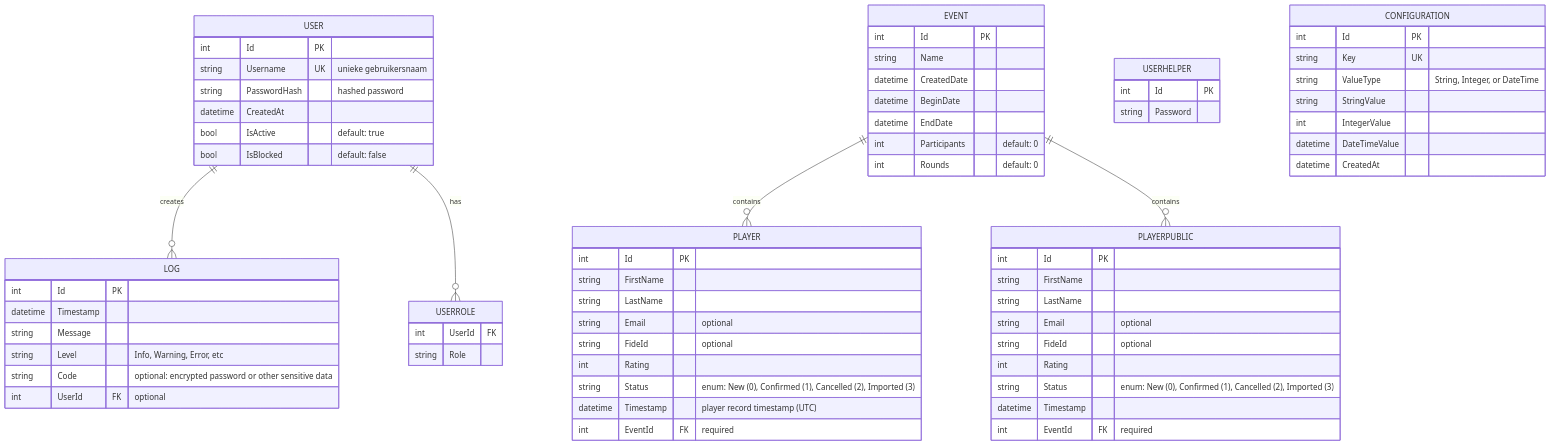
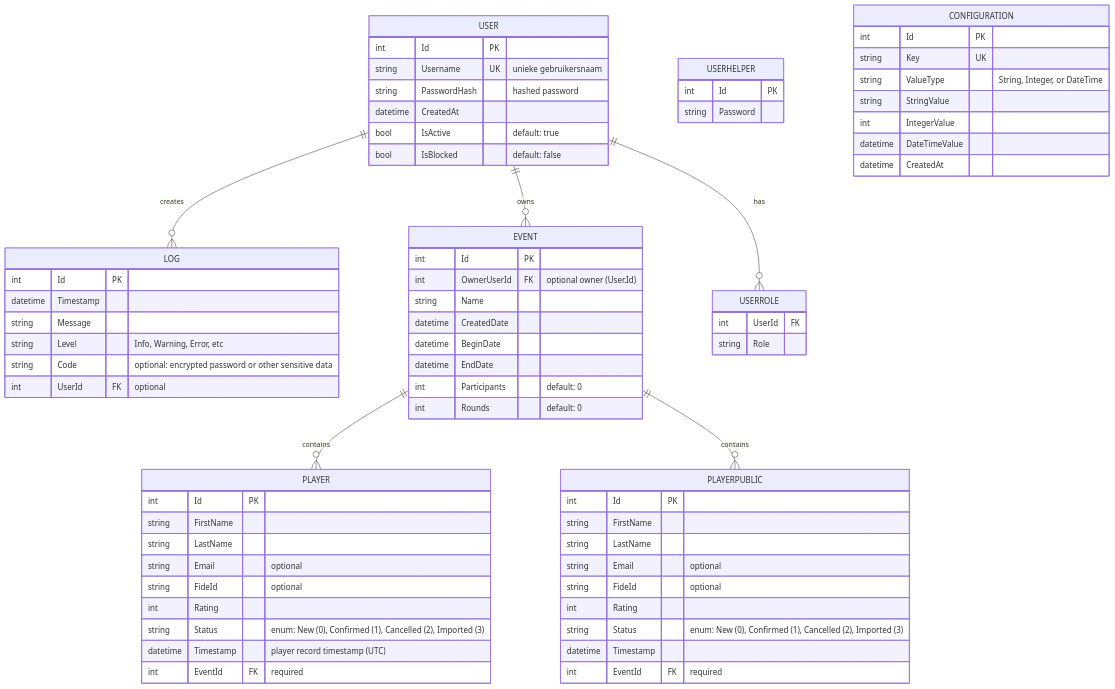
One commit to Odusseus/Tools changed the diagram in metalimes/metalimes/Documentation/ReadMe.md. Above: the diagram before and after it, drawn with Mermaid. The commit also changed other lines of this file and 6 other files, not shown here.

````diff
--- a/metalimes/metalimes/Documentation/ReadMe.md
+++ b/metalimes/metalimes/Documentation/ReadMe.md
@@ -61,79 +63,81 @@
 ```mermaid
 erDiagram
     USER ||--o{ LOG : creates
+    USER ||--o{ EVENT : owns
     EVENT ||--o{ PLAYER : contains
     EVENT ||--o{ PLAYERPUBLIC : contains
     USER ||--o{ USERROLE : has
 
     USER {
         int Id PK
         string Username UK "unieke gebruikersnaam"
         string PasswordHash "hashed password"
         datetime CreatedAt
         bool IsActive "default: true"
         bool IsBlocked "default: false"
     }
 
     USERROLE {
         int UserId FK
         string Role
     }
 
     USERHELPER {
         int Id PK
         string Password
     }
 
     CONFIGURATION {
         int Id PK
         string Key UK
         string ValueType "String, Integer, or DateTime"
         string StringValue
         int IntegerValue
         datetime DateTimeValue
         datetime CreatedAt
     }
 
     LOG {
         int Id PK
         datetime Timestamp
         string Message
         string Level "Info, Warning, Error, etc"
         string Code "optional: encrypted password or other sensitive data"
         int UserId FK "optional"
     }
 
     EVENT {
         int Id PK
+        int OwnerUserId FK "optional owner (User.Id)"
         string Name
         datetime CreatedDate
         datetime BeginDate
         datetime EndDate
         int Participants "default: 0"
         int Rounds "default: 0"
     }
 
     PLAYER {
         int Id PK
         string FirstName
         string LastName
         string Email "optional"
         string FideId "optional"
         int Rating
         string Status "enum: New (0), Confirmed (1), Cancelled (2), Imported (3)"
         datetime Timestamp "player record timestamp (UTC)"
         int EventId FK "required"
     }
 
     PLAYERPUBLIC {
         int Id PK
         string FirstName
         string LastName
         string Email "optional"
         string FideId "optional"
         int Rating
         string Status "enum: New (0), Confirmed (1), Cancelled (2), Imported (3)"
         datetime Timestamp
         int EventId FK "required"
     }
 ```
````
